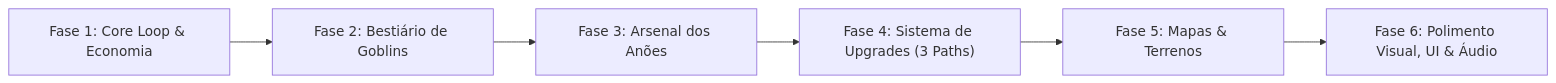
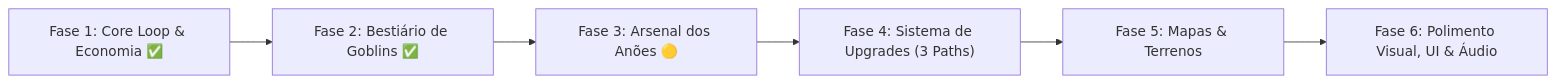
Before and after one commit to WesleyFreitass/DwarvesTD: the diagram in ROADMAP.md, drawn with Mermaid. The commit also changed other lines of this file, not shown here.

Commit message:
docs: finalize Phase 2 items and update roadmap

````diff
--- a/ROADMAP.md
+++ b/ROADMAP.md
@@ -9,8 +9,8 @@
 ```mermaid
 flowchart LR
-    Fase1["Fase 1: Core Loop & Economia"] --> Fase2["Fase 2: Bestiário de Goblins"]
-    Fase2 --> Fase3["Fase 3: Arsenal dos Anões"]
+    Fase1["Fase 1: Core Loop & Economia ✅"] --> Fase2["Fase 2: Bestiário de Goblins ✅"]
+    Fase2 --> Fase3["Fase 3: Arsenal dos Anões 🟡"]
     Fase3 --> Fase4["Fase 4: Sistema de Upgrades (3 Paths)"]
     Fase4 --> Fase5["Fase 5: Mapas & Terrenos"]
     Fase5 --> Fase6["Fase 6: Polimento Visual, UI & Áudio"]
 ```
````
